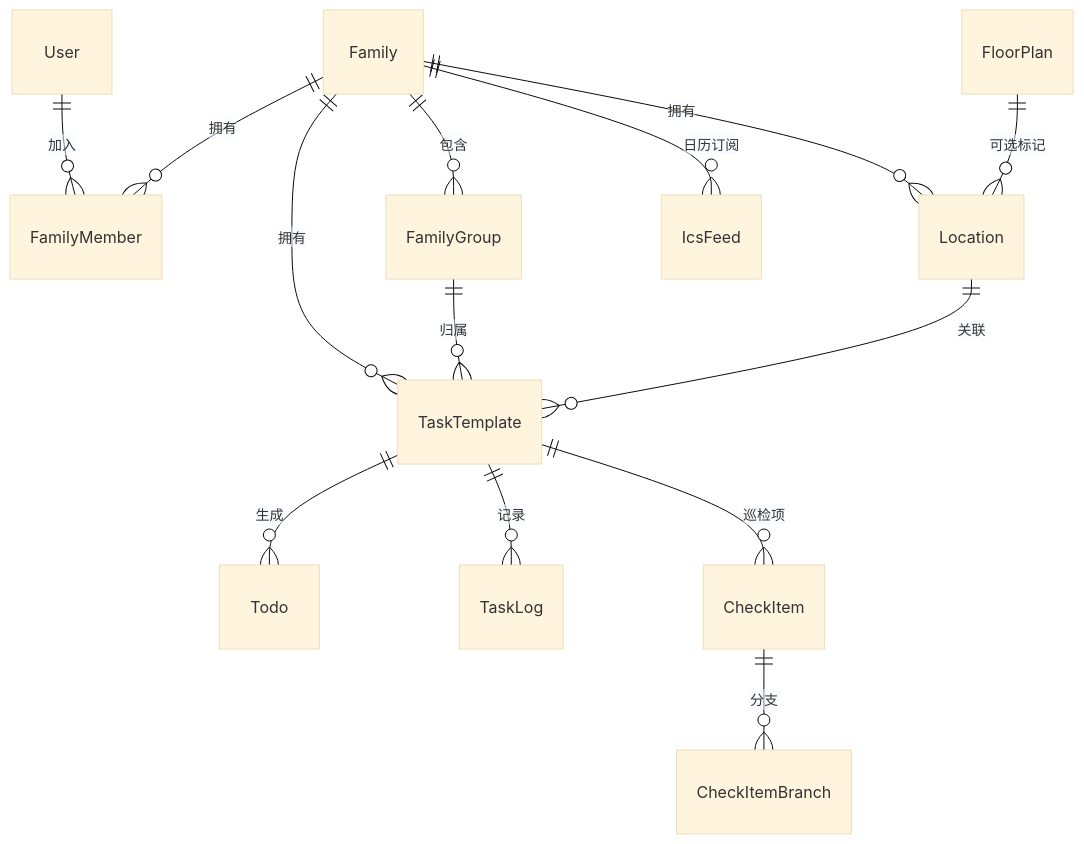
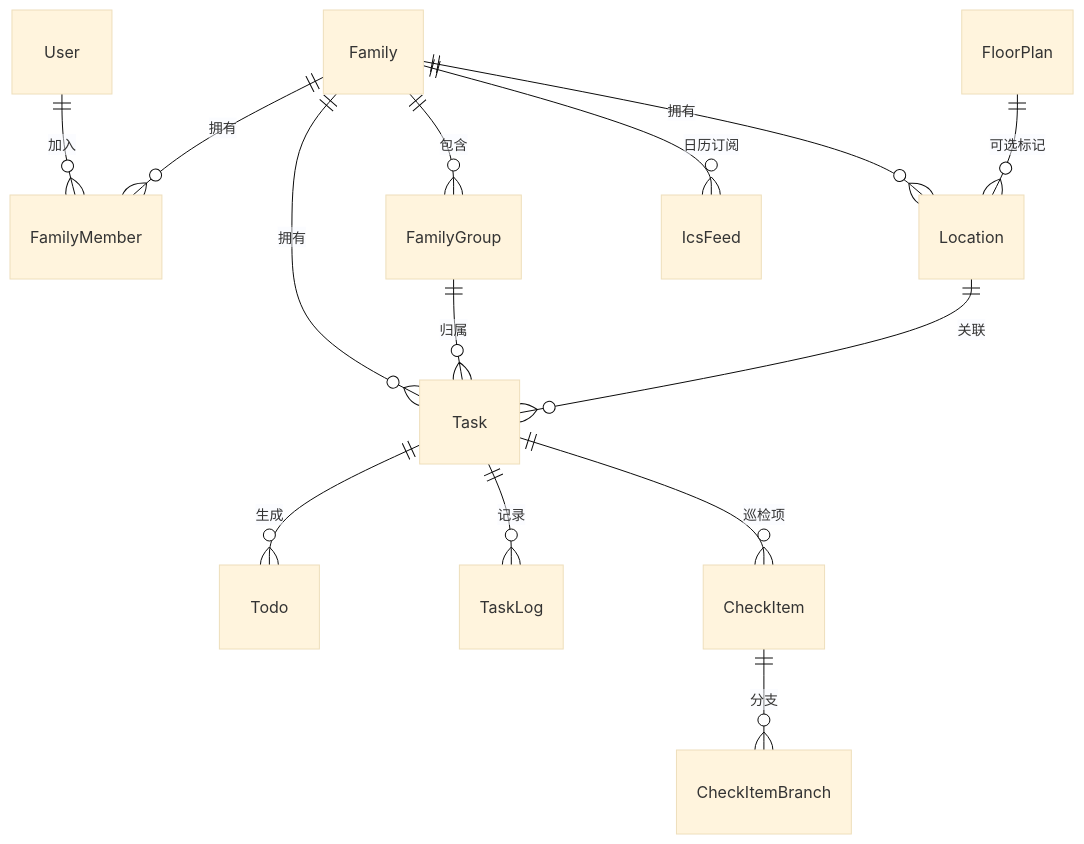
One commit to dezhishen/now-and-again changed the diagram in README.md. Above: the diagram before and after it, drawn with Mermaid (base theme). The commit also changed 19 other files, not shown here.

````diff
--- a/README.md
+++ b/README.md
@@ -27,16 +27,16 @@
 ```mermaid
 erDiagram
     User ||--o{ FamilyMember : "加入"
     Family ||--o{ FamilyMember : "拥有"
     Family ||--o{ FamilyGroup : "包含"
-    Family ||--o{ TaskTemplate : "拥有"
+    Family ||--o{ Task : "拥有"
     Family ||--o{ Location : "拥有"
-    FamilyGroup ||--o{ TaskTemplate : "归属"
-    TaskTemplate ||--o{ Todo : "生成"
-    TaskTemplate ||--o{ TaskLog : "记录"
-    Location ||--o{ TaskTemplate : "关联"
+    FamilyGroup ||--o{ Task : "归属"
+    Task ||--o{ Todo : "生成"
+    Task ||--o{ TaskLog : "记录"
+    Location ||--o{ Task : "关联"
     FloorPlan ||--o{ Location : "可选标记"
     Family ||--o{ IcsFeed : "日历订阅"
-    TaskTemplate ||--o{ CheckItem : "巡检项"
+    Task ||--o{ CheckItem : "巡检项"
     CheckItem ||--o{ CheckItemBranch : "分支"
 ```
````
